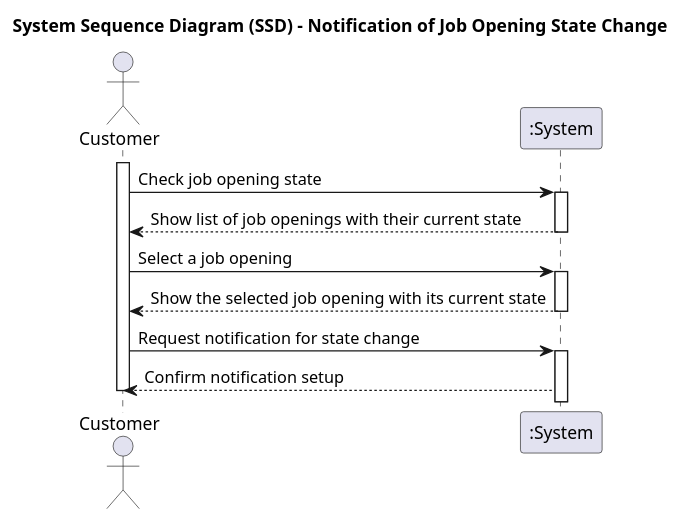
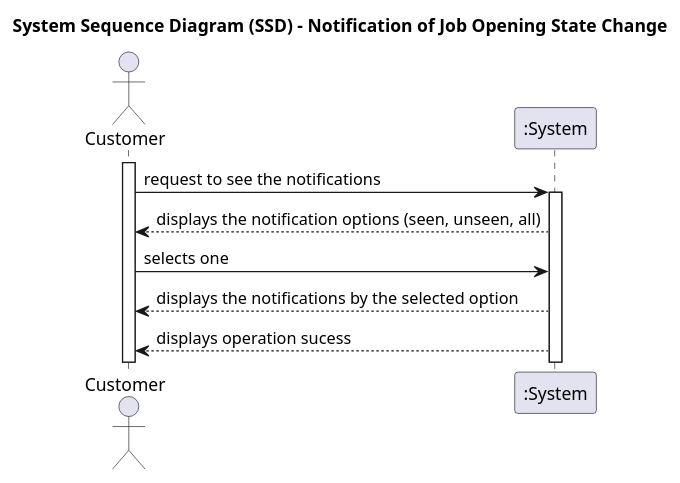
The diagram in docs/sprintC/3003/puml/3003-system-sequence-diagram.puml (marcoferreira37/Lapr4), drawn with PlantUML before and after one commit. The commit also changed 2 other files, not shown here.

```diff
--- a/docs/sprintC/3003/puml/3003-system-sequence-diagram.puml
+++ b/docs/sprintC/3003/puml/3003-system-sequence-diagram.puml
@@ -1,28 +1,21 @@
 @startuml
 title System Sequence Diagram (SSD) - Notification of Job Opening State Change
 
 actor "Customer" as Customer
 participant ":System" as System
 
 activate Customer
 
-Customer -> System : Check job opening state
+Customer -> System : request to see the notifications
+
 activate System
 
-System --> Customer: Show list of job openings with their current state
-deactivate
+System --> Customer: displays the notification options (seen, unseen, all)
 
-Customer -> System : Select a job opening
-activate System
+Customer -> System: selects one
 
-System --> Customer : Show the selected job opening with its current state
-deactivate
+System --> Customer: displays the notifications by the selected option
 
-Customer -> System : Request notification for state change
-activate System
-
-System --> Customer : Confirm notification setup
-
-deactivate Customer
+System --> Customer: displays operation sucess
 
 @enduml
```
